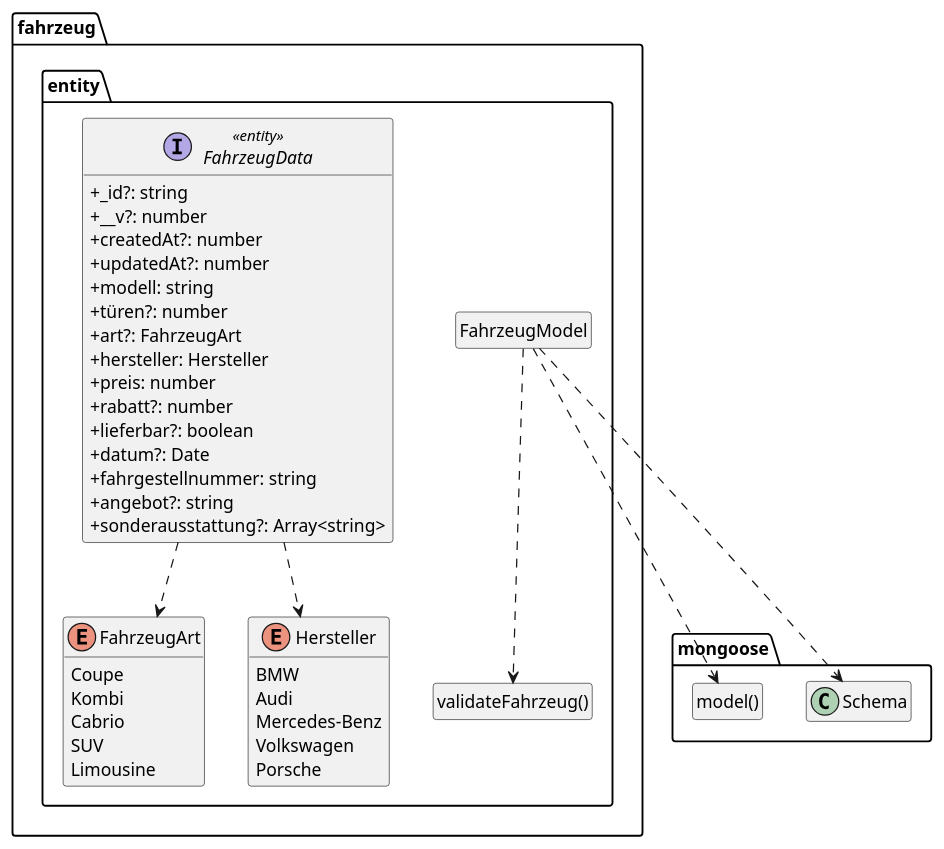
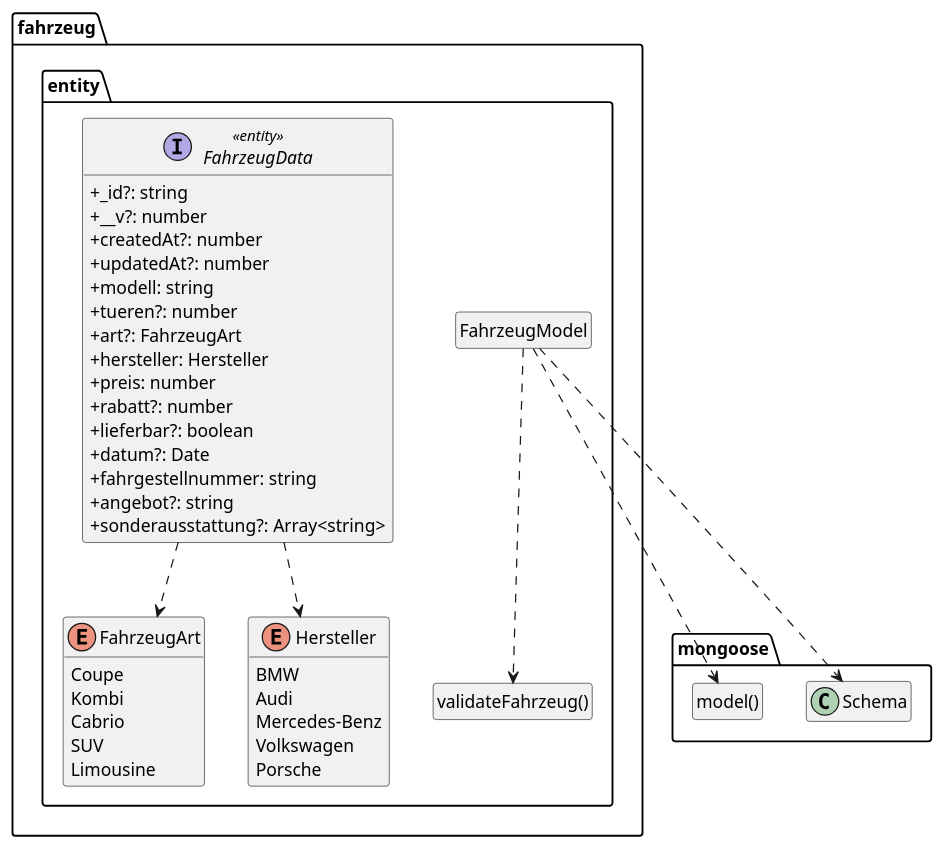
Before and after one commit to baranozalp/Abgabe: the diagram in doc/entwicklerhandbuch/Fahrzeug.puml, drawn with PlantUML. The commit also changed 34 other files, not shown here.

```diff
--- a/doc/entwicklerhandbuch/Fahrzeug.puml
+++ b/doc/entwicklerhandbuch/Fahrzeug.puml
@@ -1,65 +1,65 @@
 @startuml Anwendungskern
 
 !pragma useNewPackage
 skinparam classAttributeIconSize 0
 skinparam componentStyle uml2
 
 package mongoose {
   class Schema
 
   class "model()" as model
   hide model circle
 }
 
 package fahrzeug.entity {
     class "validateFahrzeug()" as validateFahrzeug
     hide validateFahrzeug circle
 
     class FahrzeugModel
     hide FahrzeugModel circle
 
     FahrzeugModel ..> Schema
     FahrzeugModel ..> model
     FahrzeugModel ..> validateFahrzeug
 
     FahrzeugData ..> FahrzeugArt
     FahrzeugData ..> Hersteller
 
     enum FahrzeugArt {
         Coupe
         Kombi
         Cabrio
         SUV
         Limousine
     }
 
     enum Hersteller {
         BMW
         Audi
         Mercedes-Benz
         Volkswagen
         Porsche
     }
 
     interface FahrzeugData <<entity>> {
         + _id?: string
         + __v?: number
         + createdAt?: number
         + updatedAt?: number
         + modell: string
-        + türen?: number
+        + tueren?: number
         + art?: FahrzeugArt
         + hersteller: Hersteller
         + preis: number
         + rabatt?: number
         + lieferbar?: boolean
         + datum?: Date
         + fahrgestellnummer: string
         + angebot?: string
         + sonderausstattung?: Array<string>
     }
 }
 
 hide empty members
 
 @enduml
```
